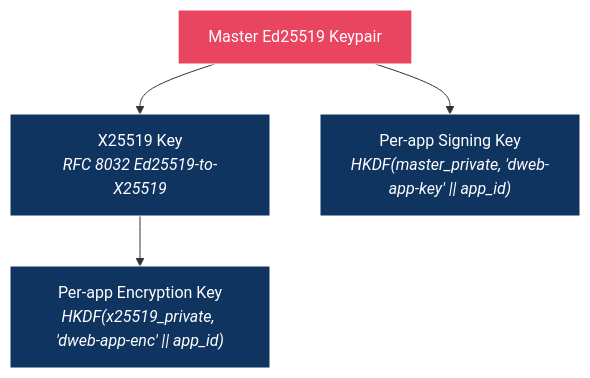
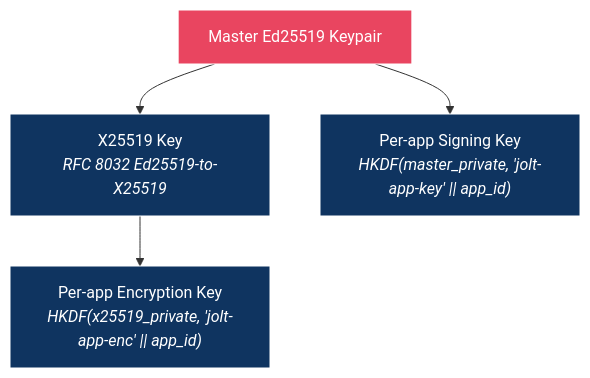
One commit to alexanderwanyoike/jolt changed the third of 3 diagrams in docs/08-access-control.md. Above: the diagram before and after it, drawn with Mermaid. The commit also changed other lines of this file and 148 other files, not shown here.

Commit message:
Rename dweb to jolt and improve daemon discovery

````diff
--- a/docs/08-access-control.md
+++ b/docs/08-access-control.md
@@ -147,12 +147,12 @@
 ```mermaid
 graph TD
     Master["Master Ed25519 Keypair"]
     Master --> X25519["X25519 Key<br/><i>RFC 8032 Ed25519-to-X25519</i>"]
-    Master --> AppSign["Per-app Signing Key<br/><i>HKDF(master_private, 'dweb-app-key' || app_id)</i>"]
-    X25519 --> AppEnc["Per-app Encryption Key<br/><i>HKDF(x25519_private, 'dweb-app-enc' || app_id)</i>"]
+    Master --> AppSign["Per-app Signing Key<br/><i>HKDF(master_private, 'jolt-app-key' || app_id)</i>"]
+    X25519 --> AppEnc["Per-app Encryption Key<br/><i>HKDF(x25519_private, 'jolt-app-enc' || app_id)</i>"]
 
     style Master fill:#e94560,stroke:#fff,color:#fff
     style X25519 fill:#0f3460,stroke:#fff,color:#fff
     style AppSign fill:#0f3460,stroke:#fff,color:#fff
     style AppEnc fill:#0f3460,stroke:#fff,color:#fff
 ```
````
